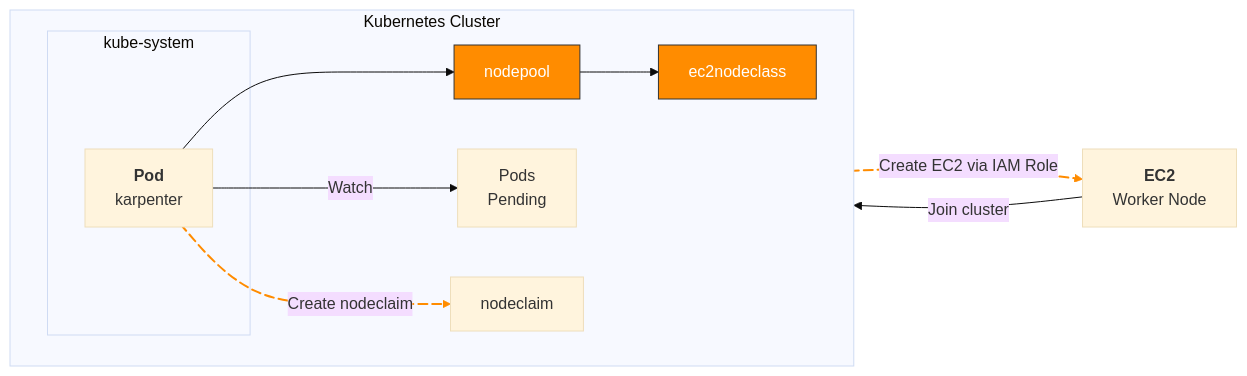
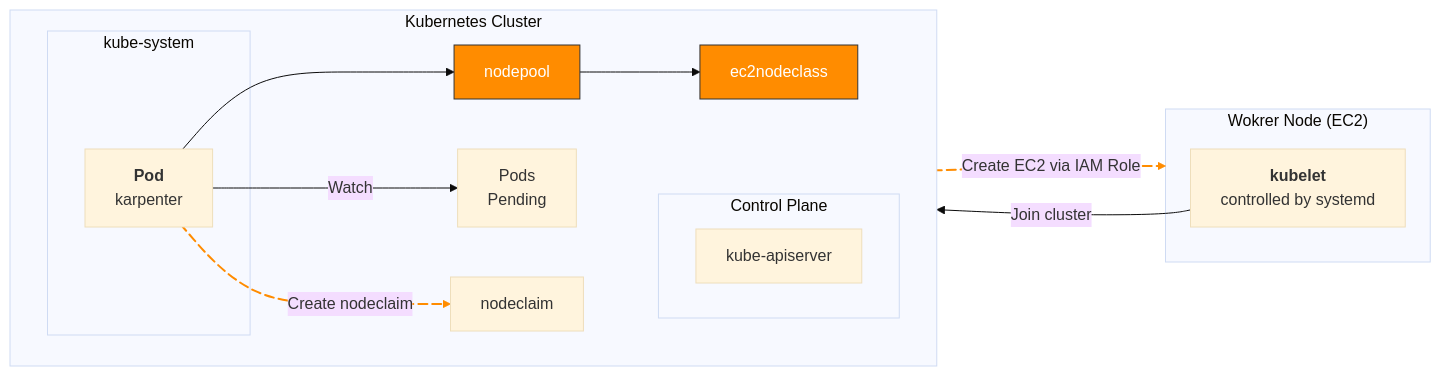
Before and after one commit to younsl/younsl.github.io: the first of 6 diagrams in content/blog/karpenter-spot-fallback/index.md, drawn with Mermaid (base theme). The commit also changed other lines of this file, not shown here.

Commit message:
chore: Update karpenter-spot-fallback diagrams

````diff
--- a/content/blog/karpenter-spot-fallback/index.md
+++ b/content/blog/karpenter-spot-fallback/index.md
@@ -35,29 +35,35 @@
 ```mermaid
 flowchart LR
   p["`Pods
   Pending`"]
   subgraph k8s[Kubernetes Cluster]
     direction LR
+    subgraph cp["Control Plane"]
+        kas["kube-apiserver"]
+    end
     subgraph kube-system
       k["`**Pod**
       karpenter`"]
     end
     k --> np
     k -- Watch --> p
     k e1@--Create nodeclaim--> nodeclaim
     np[nodepool] --> ec2nc[ec2nodeclass]
   end
-  nodeclaim e2@--Create EC2 via IAM Role--> wn["`**EC2**
-  Worker Node`"]
+  subgraph wn["Wokrer Node (EC2)"]
+    kubelet["`**kubelet**
+    controlled by systemd`"]
+  end
+  nodeclaim e2@--Create EC2 via IAM Role--> wn 
 
-  wn --Join cluster--> k8s
+  kubelet --Join cluster--> kas
 
   style np fill:darkorange,color:#fff,stroke:#333
   style ec2nc fill:darkorange,color:#fff,stroke:#333
 
   e1@{ animate: true }
   e2@{ animate: true }
 
   linkStyle 2 stroke:darkorange,stroke-width:2px
   linkStyle 4 stroke:darkorange,stroke-width:2px
 ```
````
